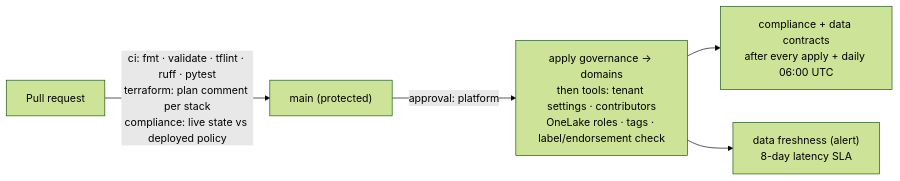
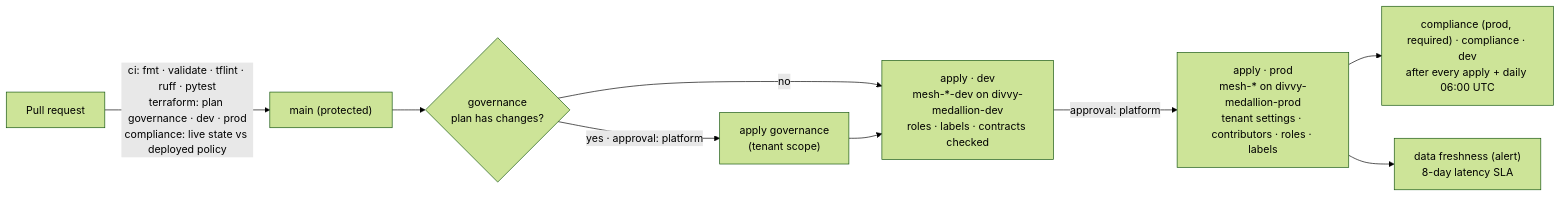
Before and after one commit to felipecastro-data/fabric-domain-architecture-purview-governance: the fourth of 4 diagrams in README.md, drawn with Mermaid (forest theme). The commit also changed other lines of this file and 19 other files, not shown here.

First line of the commit message:
dev -> prod environments for the domains stack

````diff
--- a/README.md
+++ b/README.md
@@ -164,7 +168,11 @@
 ```mermaid
 flowchart LR
-    PR["Pull request"] -->|"ci: fmt · validate · tflint · ruff · pytest<br/>terraform: plan comment per stack<br/>compliance: live state vs deployed policy"| Main["main (protected)"]
-    Main -->|"approval: platform"| Apply["apply governance → domains<br/>then tools: tenant settings · contributors<br/>OneLake roles · tags · label/endorsement check"]
-    Apply --> C["compliance + data contracts<br/>after every apply + daily 06:00 UTC"]
-    Apply --> F["data freshness (alert)<br/>8-day latency SLA"]
+    PR["Pull request"] -->|"ci: fmt · validate · tflint · ruff · pytest<br/>terraform: plan governance · dev · prod<br/>compliance: live state vs deployed policy"| Main["main (protected)"]
+    Main --> GP{"governance<br/>plan has changes?"}
+    GP -->|"yes · approval: platform"| G["apply governance<br/>(tenant scope)"]
+    GP -->|no| Dev
+    G --> Dev["apply · dev<br/>mesh-*-dev on divvy-medallion-dev<br/>roles · labels · contracts checked"]
+    Dev -->|"approval: platform"| Prod["apply · prod<br/>mesh-* on divvy-medallion-prod<br/>tenant settings · contributors · roles · labels"]
+    Prod --> C["compliance (prod, required) · compliance · dev<br/>after every apply + daily 06:00 UTC"]
+    Prod --> F["data freshness (alert)<br/>8-day latency SLA"]
 ```
````
